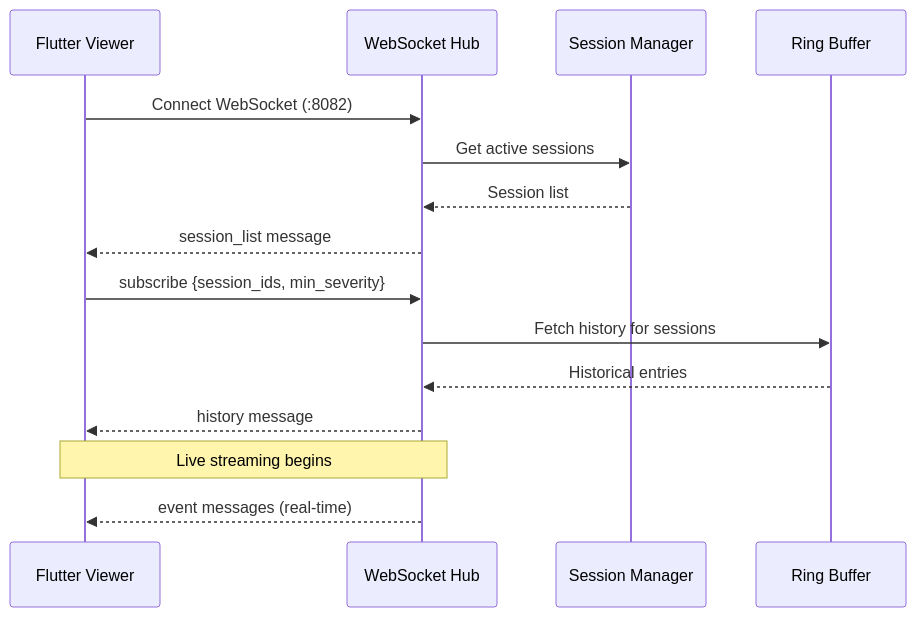
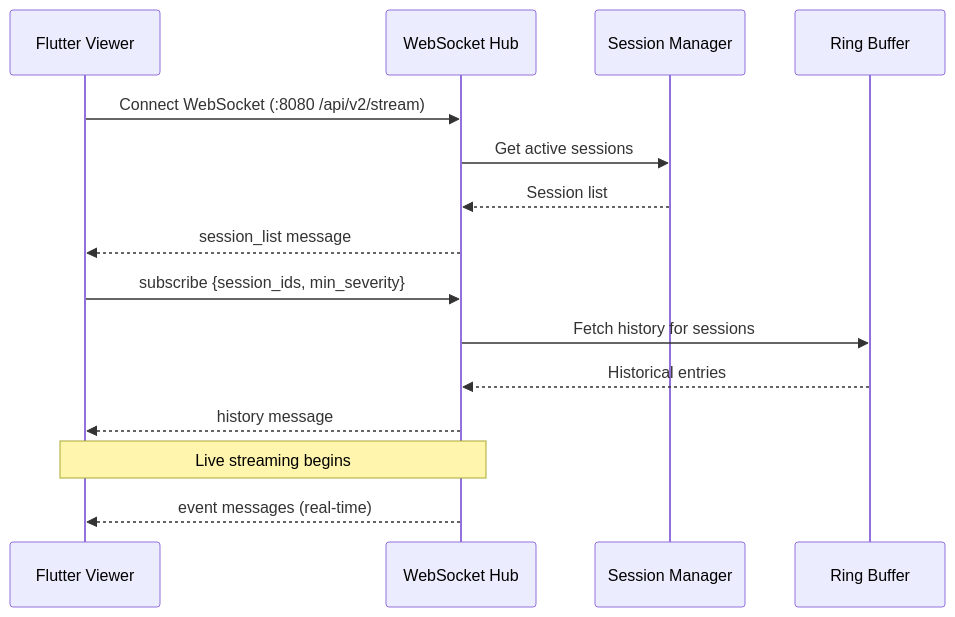
One commit to toonvanvr/logger changed the third of 3 diagrams in docs/architecture/README.md. Above: the diagram before and after it, drawn with Mermaid. The commit also changed other lines of this file and 3 other files, not shown here.

````diff
--- a/docs/architecture/README.md
+++ b/docs/architecture/README.md
@@ -139,18 +139,18 @@
 ```mermaid
 sequenceDiagram
     participant V as Flutter Viewer
     participant WS as WebSocket Hub
     participant SM as Session Manager
     participant RB as Ring Buffer
 
-    V->>WS: Connect WebSocket (:8082)
+    V->>WS: Connect WebSocket (:8080 /api/v2/stream)
     WS->>SM: Get active sessions
     SM-->>WS: Session list
     WS-->>V: session_list message
     V->>WS: subscribe {session_ids, min_severity}
     WS->>RB: Fetch history for sessions
     RB-->>WS: Historical entries
     WS-->>V: history message
     Note over WS,V: Live streaming begins
     WS-->>V: event messages (real-time)
 ```
````
